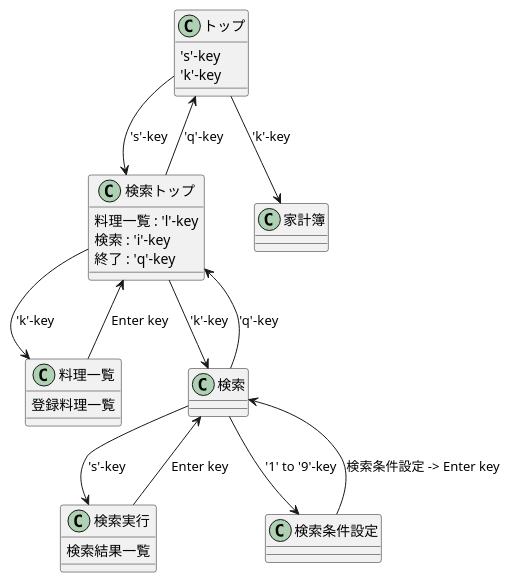
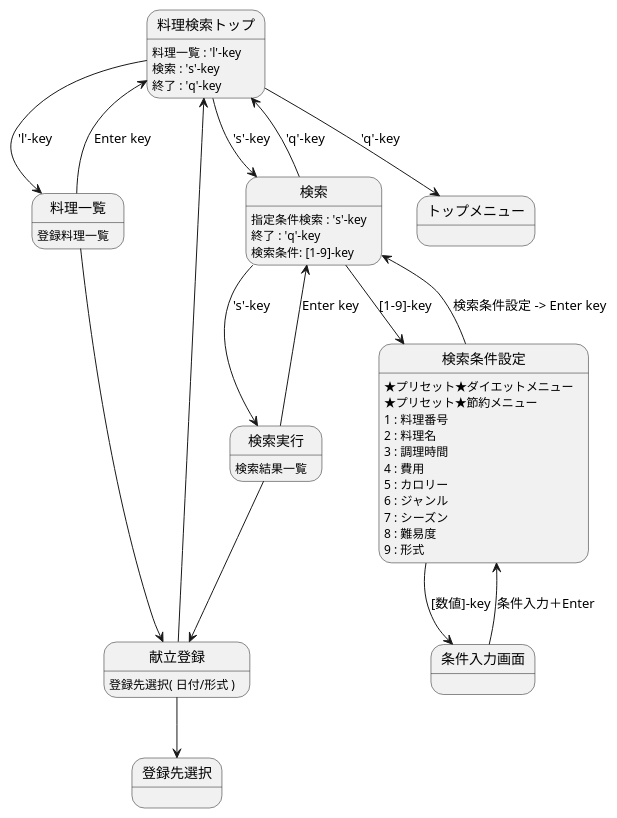
One commit to mac-novice-pg2/tool_dev changed the second of 3 diagrams in lecture/CookingPlanner/diagram/state_diagram.md. Above: the diagram before and after it, drawn with PlantUML. The commit also changed other lines of this file and 18 other files, not shown here.

````diff
--- a/lecture/CookingPlanner/diagram/state_diagram.md
+++ b/lecture/CookingPlanner/diagram/state_diagram.md
@@ -1,35 +18,51 @@
 ```plantuml
 @startuml
 
-'トップメニュー'
-トップ --> 検索トップ : 's'-key
-トップ --> 家計簿 : 'k'-key
-トップ : 's'-key
-トップ : 'k'-key
-
 '検索トップ'
-検索トップ --> 料理一覧 : 'k'-key
-検索トップ --> 検索 : 'k'-key
-検索トップ --> トップ : 'q'-key
-検索トップ : 料理一覧 : 'l'-key
-検索トップ : 検索 : 'i'-key
-検索トップ : 終了 : 'q'-key
+料理検索トップ--> 料理一覧 : 'l'-key
+料理検索トップ--> 検索 : 's'-key
+料理検索トップ--> トップメニュー : 'q'-key
+料理検索トップ: 料理一覧 : 'l'-key
+料理検索トップ: 検索 : 's'-key
+料理検索トップ: 終了 : 'q'-key
 
 '料理一覧'
-料理一覧 --> 検索トップ : Enter key
+料理一覧 --> 料理検索トップ: Enter key
+料理一覧 --> 献立登録
 料理一覧 : 登録料理一覧
 
 '検索'
 検索 --> 検索実行 : 's'-key
-検索 --> 検索トップ : 'q'-key
-検索 --> 検索条件設定 : '1' to '9'-key
+検索 --> 料理検索トップ: 'q'-key
+検索 --> 検索条件設定 : [1-9]-key
+検索 : 指定条件検索 : 's'-key
+検索 : 終了 : 'q'-key
+検索 : 検索条件: [1-9]-key 
 
 '検索実行'
 検索実行 --> 検索 : Enter key
+検索実行 --> 献立登録
 検索実行 : 検索結果一覧
 
 '検索条件設定'
 検索条件設定 --> 検索 : 検索条件設定 -> Enter key
+検索条件設定 --> 条件入力画面 : [数値]-key
+検索条件設定 : ★プリセット★ダイエットメニュー
+検索条件設定 : ★プリセット★節約メニュー
+検索条件設定 : 1 : 料理番号
+検索条件設定 : 2 : 料理名
+検索条件設定 : 3 : 調理時間
+検索条件設定 : 4 : 費用
+検索条件設定 : 5 : カロリー
+検索条件設定 : 6 : ジャンル
+検索条件設定 : 7 : シーズン
+検索条件設定 : 8 : 難易度
+検索条件設定 : 9 : 形式
 
+献立登録 --> 登録先選択
+献立登録 --> 料理検索トップ
+献立登録 : 登録先選択( 日付/形式 )
+
+条件入力画面 --> 検索条件設定 : 条件入力＋Enter
 @enduml
 ```
````
